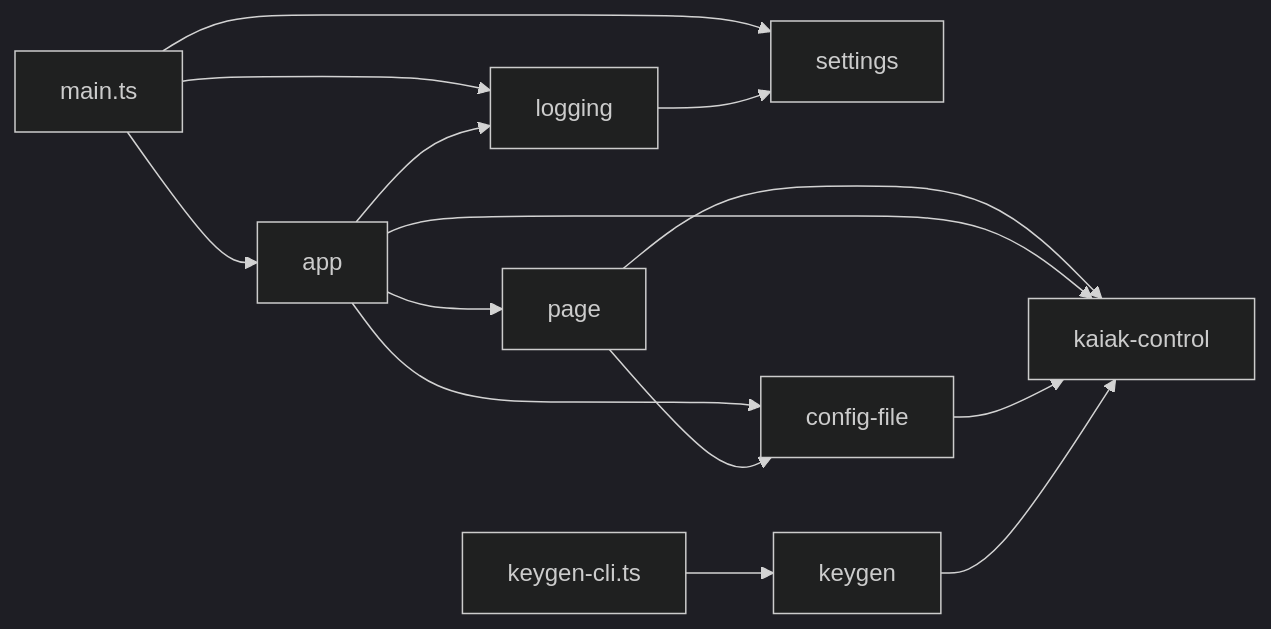
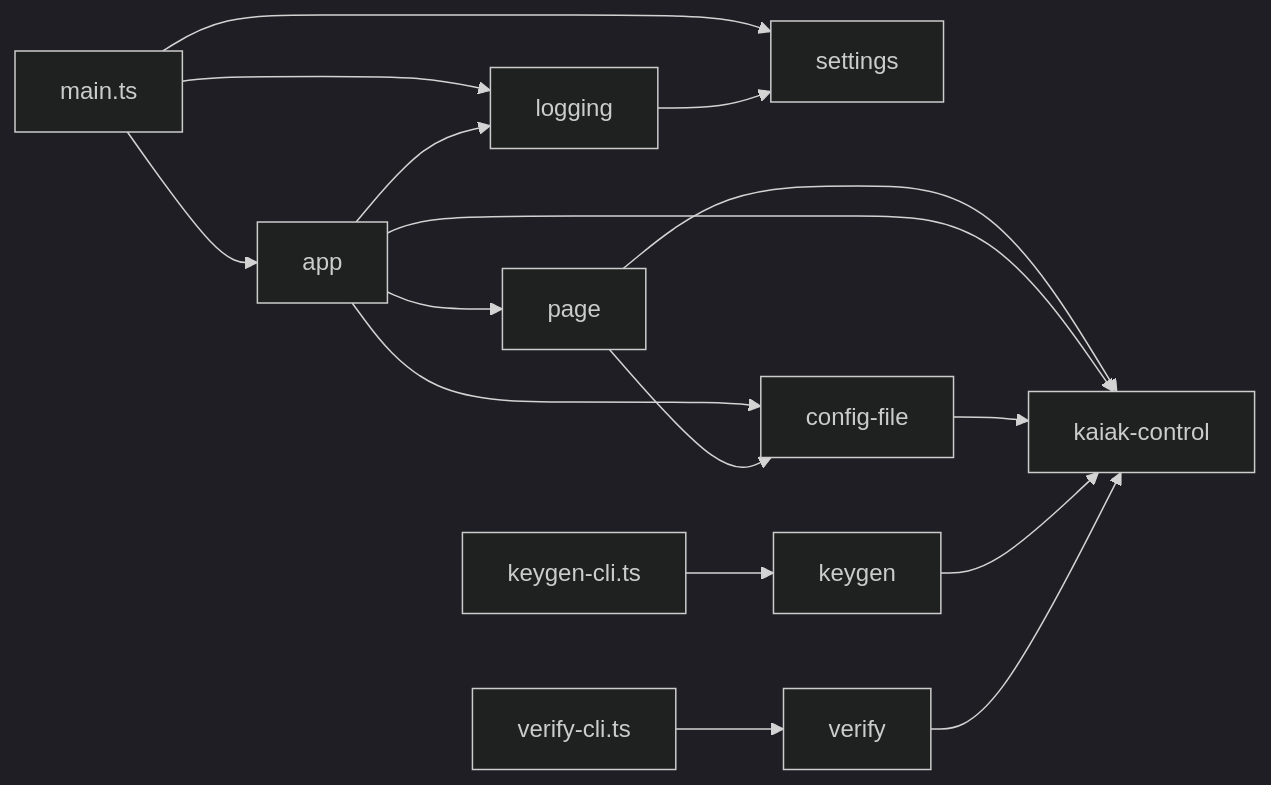
The third of 3 diagrams in docs/ARCHITECTURE.md (acdtrx/kaiak), drawn with Mermaid (dark theme) before and after one commit. The commit also changed other lines of this file and 5 other files, not shown here.

````diff
--- a/docs/ARCHITECTURE.md
+++ b/docs/ARCHITECTURE.md
@@ -369,16 +372,18 @@
 ```mermaid
 flowchart LR
     main[main.ts] --> app
     main --> settings
     main --> logging
     cli[keygen-cli.ts] --> keygen
+    vcli[verify-cli.ts] --> verify
     app --> cf[config-file]
     app --> logging
     app --> page
     page --> cf
     page --> kc
     logging --> settings
     app --> kc[kaiak-control]
     cf --> kc
     keygen --> kc
+    verify --> kc
 ```
````
